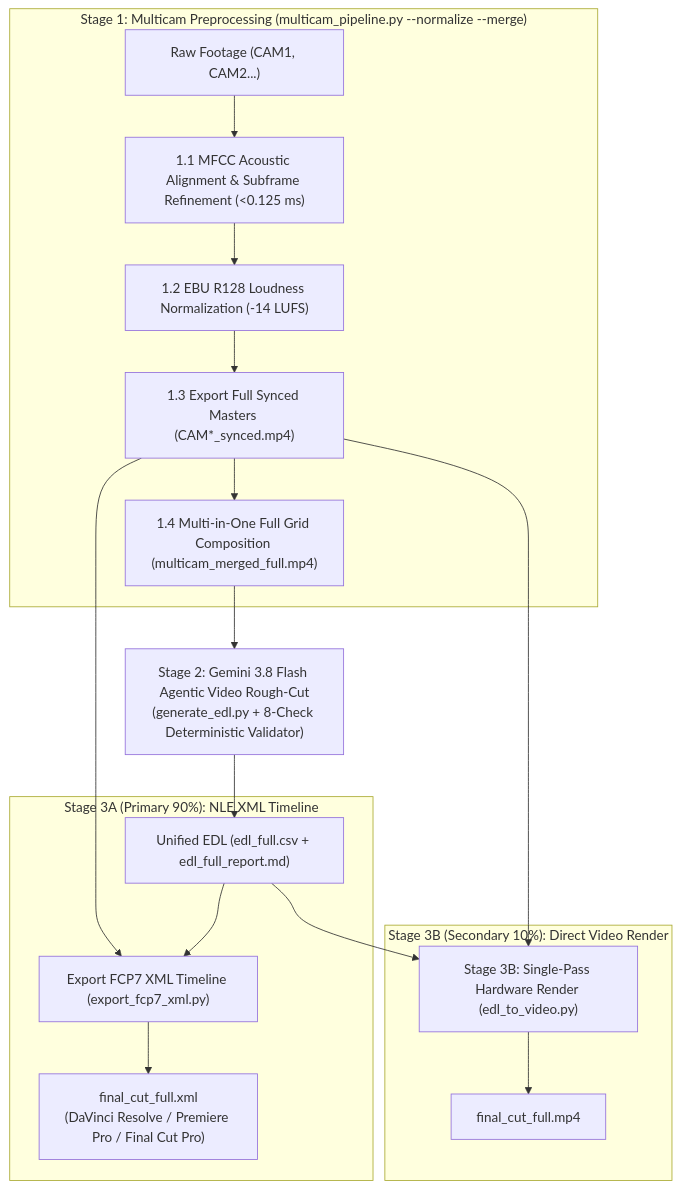
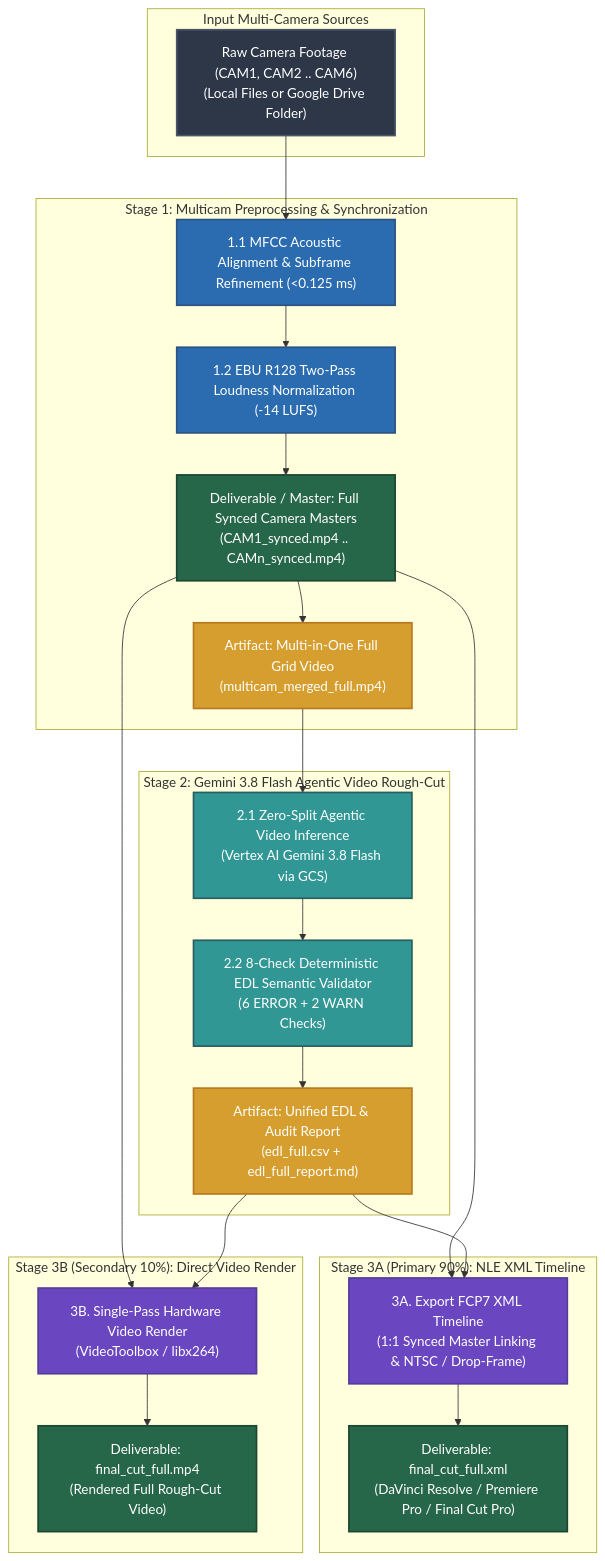
The diagram in README.md (a0359627/multicam-video-preprocessing), drawn with Mermaid before and after one commit. The commit also changed 4 other files, not shown here.

Commit message:
docs(readme): add color-coded Mermaid flowcharts for stages, artifacts, and deliverables

````diff
--- a/README.md
+++ b/README.md
@@ -76,24 +76,50 @@
 ```mermaid
 flowchart TD
-    subgraph S1["Stage 1: Multicam Preprocessing (multicam_pipeline.py --normalize --merge)"]
-        A["Raw Footage (CAM1, CAM2...)"] --> S1_1["1.1 MFCC Acoustic Alignment & Subframe Refinement (<0.125 ms)"]
-        S1_1 --> S1_2["1.2 EBU R128 Loudness Normalization (-14 LUFS)"]
-        S1_2 --> S1_3["1.3 Export Full Synced Masters (CAM*_synced.mp4)"]
-        S1_3 --> S1_4["1.4 Multi-in-One Full Grid Composition (multicam_merged_full.mp4)"]
+    classDef inputStyle fill:#2D3748,stroke:#4A5568,stroke-width:2px,color:#fff;
+    classDef stage1Style fill:#2B6CB0,stroke:#2C5282,stroke-width:2px,color:#fff;
+    classDef stage2Style fill:#319795,stroke:#285E61,stroke-width:2px,color:#fff;
+    classDef stage3Style fill:#6B46C1,stroke:#553C9A,stroke-width:2px,color:#fff;
+    classDef artifactStyle fill:#D69E2E,stroke:#B7791F,stroke-width:2px,color:#fff;
+    classDef outputStyle fill:#276749,stroke:#1C4532,stroke-width:2px,color:#fff;
+
+    subgraph Inputs["Input Multi-Camera Sources"]
+        A["Raw Camera Footage (CAM1, CAM2 .. CAM6)<br/>(Local Files or Google Drive Folder)"]:::inputStyle
     end
 
-    S1_4 --> S2["Stage 2: Gemini 3.8 Flash Agentic Video Rough-Cut<br/>(generate_edl.py + 8-Check Deterministic Validator)"]
-    S2 --> EDL["Unified EDL (edl_full.csv + edl_full_report.md)"]
+    subgraph S1["Stage 1: Multicam Preprocessing & Synchronization"]
+        S1_1["1.1 MFCC Acoustic Alignment & Subframe Refinement (<0.125 ms)"]:::stage1Style
+        S1_2["1.2 EBU R128 Two-Pass Loudness Normalization (-14 LUFS)"]:::stage1Style
+        S1_3["Deliverable / Master: Full Synced Camera Masters<br/>(CAM1_synced.mp4 .. CAMn_synced.mp4)"]:::outputStyle
+        S1_4["Artifact: Multi-in-One Full Grid Video<br/>(multicam_merged_full.mp4)"]:::artifactStyle
+        S1_1 --> S1_2
+        S1_2 --> S1_3
+        S1_3 --> S1_4
+    end
+
+    subgraph S2["Stage 2: Gemini 3.8 Flash Agentic Video Rough-Cut"]
+        S2_1["2.1 Zero-Split Agentic Video Inference<br/>(Vertex AI Gemini 3.8 Flash via GCS)"]:::stage2Style
+        S2_2["2.2 8-Check Deterministic EDL Semantic Validator<br/>(6 ERROR + 2 WARN Checks)"]:::stage2Style
+        EDL["Artifact: Unified EDL & Audit Report<br/>(edl_full.csv + edl_full_report.md)"]:::artifactStyle
+        S2_1 --> S2_2
+        S2_2 --> EDL
+    end
 
     subgraph S3A["Stage 3A (Primary 90%): NLE XML Timeline"]
-        S1_3 --> S3A_ACT["Export FCP7 XML Timeline (export_fcp7_xml.py)"]
-        EDL --> S3A_ACT
-        S3A_ACT --> XML["final_cut_full.xml<br/>(DaVinci Resolve / Premiere Pro / Final Cut Pro)"]
+        S3A_ACT["3A. Export FCP7 XML Timeline<br/>(1:1 Synced Master Linking & NTSC / Drop-Frame)"]:::stage3Style
+        XML["Deliverable: final_cut_full.xml<br/>(DaVinci Resolve / Premiere Pro / Final Cut Pro)"]:::outputStyle
+        S3A_ACT --> XML
     end
 
     subgraph S3B["Stage 3B (Secondary 10%): Direct Video Render"]
-        S1_3 --> S3B_ACT["Stage 3B: Single-Pass Hardware Render (edl_to_video.py)"]
-        EDL --> S3B_ACT
-        S3B_ACT --> MP4["final_cut_full.mp4"]
+        S3B_ACT["3B. Single-Pass Hardware Video Render<br/>(VideoToolbox / libx264)"]:::stage3Style
+        MP4["Deliverable: final_cut_full.mp4<br/>(Rendered Full Rough-Cut Video)"]:::outputStyle
+        S3B_ACT --> MP4
     end
+
+    A --> S1_1
+    S1_4 --> S2_1
+    S1_3 --> S3A_ACT
+    EDL --> S3A_ACT
+    S1_3 --> S3B_ACT
+    EDL --> S3B_ACT
 ```
````
